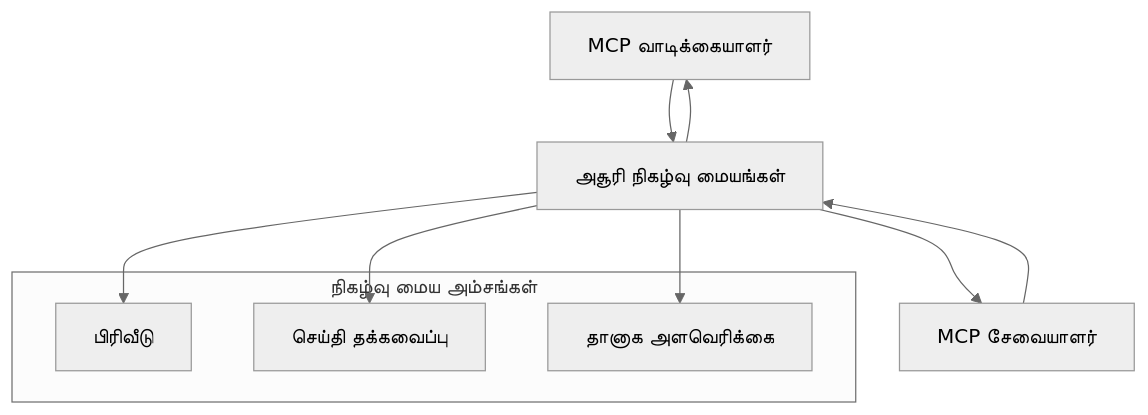
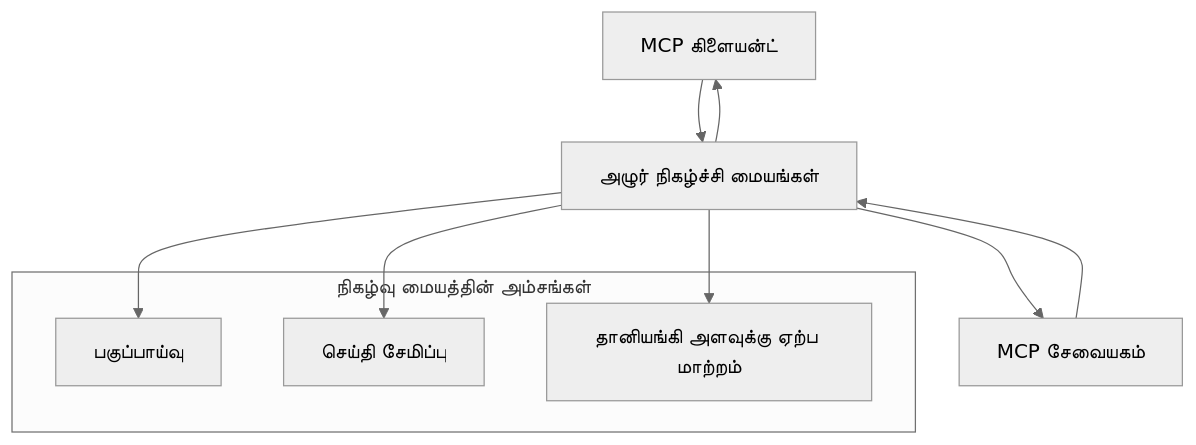
Before and after one commit to HIDORAKAI002/ai-workspace-archive: the second of 2 diagrams in mcp_ecosystem__model_context_protocol/mcp_learning_resources/mcp-for-beginners/translations/ta/05-AdvancedTopics/mcp-transport/README.md, drawn with Mermaid (neutral theme). The commit also changed other lines of this file and 1046 other files, not shown here.

````diff
--- a/mcp_ecosystem__model_context_protocol/mcp_learning_resources/mcp-for-beginners/translations/ta/05-AdvancedTopics/mcp-transport/README.md
+++ b/mcp_ecosystem__model_context_protocol/mcp_learning_resources/mcp-for-beginners/translations/ta/05-AdvancedTopics/mcp-transport/README.md
@@ -270,17 +272,17 @@
 ```mermaid
 graph TB
-    Client[MCP வாடிக்கையாளர்] --> EH[அசூரி நிகழ்வு மையங்கள்]
-    EH --> Server[MCP சேவையாளர்]
+    Client[MCP கிளையன்ட்] --> EH[அழுர் நிகழ்ச்சி மையங்கள்]
+    EH --> Server[MCP சேவையகம்]
     Server --> EH
     EH --> Client
     
-    subgraph "நிகழ்வு மைய அம்சங்கள்"
-        Partition[பிரிவீடு]
-        Retention[செய்தி தக்கவைப்பு]
-        Scaling[தானாக அளவெரிக்கை]
+    subgraph "நிகழ்வு மையத்தின் அம்சங்கள்"
+        Partition[பகுப்பாய்வு]
+        Retention[செய்தி சேமிப்பு]
+        Scaling[தானியங்கி அளவுக்கு ஏற்ப மாற்றம்]
     end
     
     EH --> Partition
     EH --> Retention
     EH --> Scaling
 ```
````
